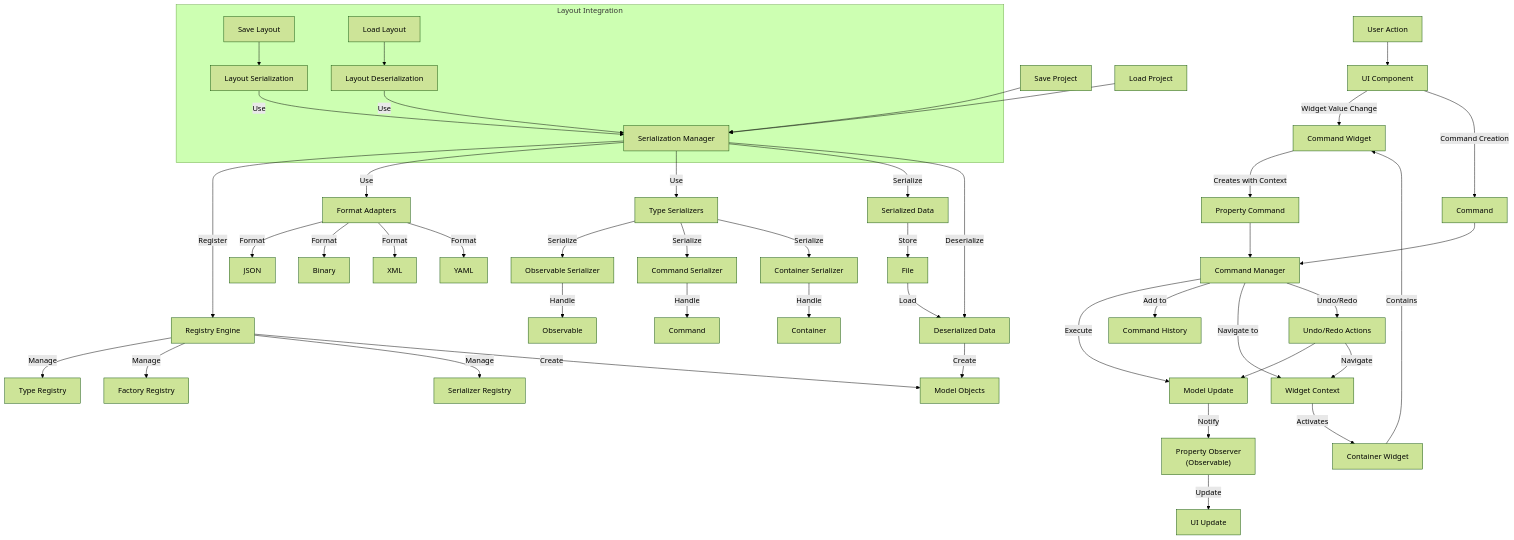
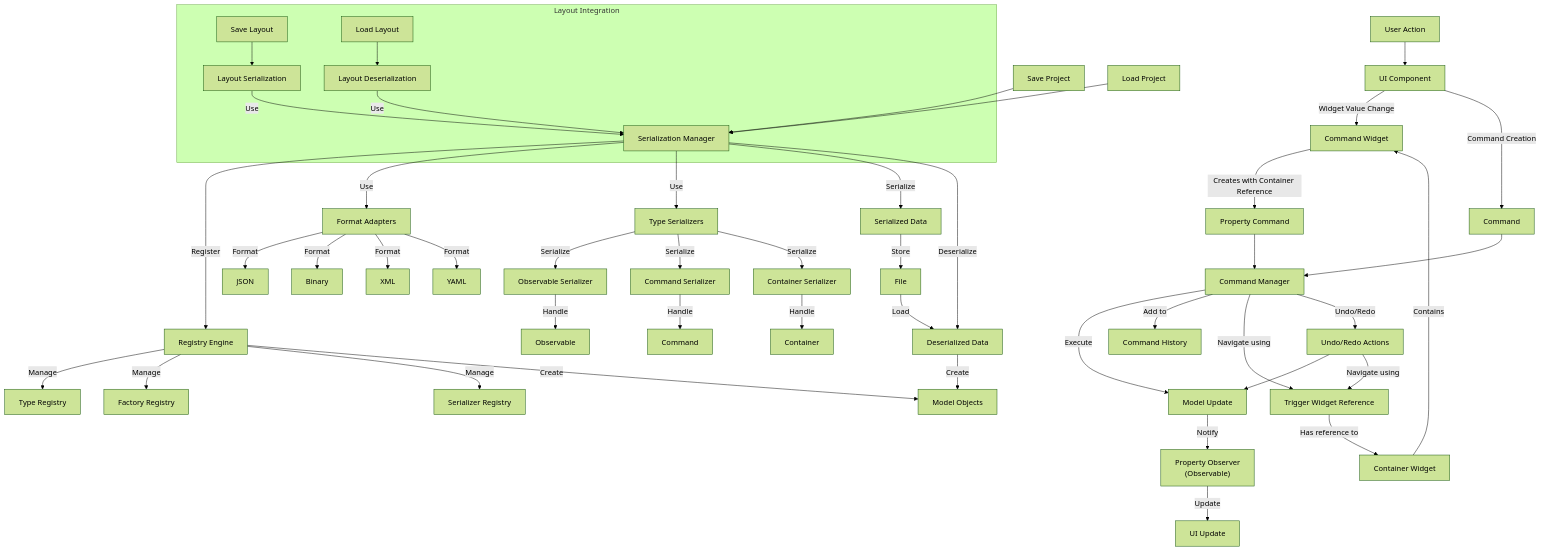
Before and after one commit to maro7tigre/PySignalDecipher: the diagram in command_system/docs/planned_command_system.md, drawn with Mermaid (forest theme). The commit also changed 8 other files, not shown here.

````diff
--- a/command_system/docs/planned_command_system.md
+++ b/command_system/docs/planned_command_system.md
@@ -1,65 +1,65 @@
 ```mermaid
 flowchart TD
     User[User Action] --> UI[UI Component]
     UI -- "Widget Value Change" --> CmdWidget[Command Widget]
     UI -- "Command Creation" --> CMD[Command]
     
-    CmdWidget -- "Creates with Context" --> PropCmd[Property Command]
+    CmdWidget -- "Creates with Container Reference" --> PropCmd[Property Command]
     PropCmd --> CmdMgr[Command Manager]
     CMD --> CmdMgr
     
     CmdMgr -- "Execute" --> ModelUpdate[Model Update]
     CmdMgr -- "Add to" --> History[Command History]
-    CmdMgr -- "Navigate to" --> NavContext[Widget Context]
+    CmdMgr -- "Navigate using" --> WidgetRef[Trigger Widget Reference]
     
-    NavContext -- "Activates" --> Container[Container Widget]
+    WidgetRef -- "Has reference to" --> Container[Container Widget]
     Container -- "Contains" --> CmdWidget
     
     ModelUpdate -- "Notify" --> PropObserver["Property Observer\n(Observable)"]
     PropObserver -- "Update" --> UIUpdate[UI Update]
     
     CmdMgr -- "Undo/Redo" --> UndoRedo[Undo/Redo Actions]
     UndoRedo --> ModelUpdate
-    UndoRedo -- "Navigate" --> NavContext
+    UndoRedo -- "Navigate using" --> WidgetRef
     
     %% Serialization Flow
     SaveProject[Save Project] --> SerMgr[Serialization Manager]
     LoadProject[Load Project] --> SerMgr
     
     SerMgr -- "Register" --> Registry[Registry Engine]
     SerMgr -- "Use" --> FormatAdapters[Format Adapters]
     SerMgr -- "Use" --> TypeSerializers[Type Serializers]
     
     Registry -- "Manage" --> Types[Type Registry]
     Registry -- "Manage" --> Factories[Factory Registry]
     Registry -- "Manage" --> Serializers[Serializer Registry]
     
     FormatAdapters -- "Format" --> JSON[JSON]
     FormatAdapters -- "Format" --> Binary[Binary]
     FormatAdapters -- "Format" --> XML[XML]
     FormatAdapters -- "Format" --> YAML[YAML]
     
     TypeSerializers -- "Serialize" --> ObsSer[Observable Serializer]
     TypeSerializers -- "Serialize" --> CmdSer[Command Serializer]
     TypeSerializers -- "Serialize" --> ContainerSer[Container Serializer]
     
     ObsSer -- "Handle" --> Observable[Observable]
     CmdSer -- "Handle" --> Command[Command]
     ContainerSer -- "Handle" --> ContainerObj[Container]
     
     SerMgr -- "Serialize" --> SerData[Serialized Data]
     SerData -- "Store" --> File[File]
     
     SerMgr -- "Deserialize" --> DeserData[Deserialized Data]
     File -- "Load" --> DeserData
     
     DeserData -- "Create" --> ModelObjects[Model Objects]
     Registry -- "Create" --> ModelObjects
     
     subgraph "Layout Integration"
         SaveLayout[Save Layout] --> LayoutSer[Layout Serialization]
         LoadLayout[Load Layout] --> LayoutDeser[Layout Deserialization]
         LayoutSer -- "Use" --> SerMgr
         LayoutDeser -- "Use" --> SerMgr
     end
 ```
````
